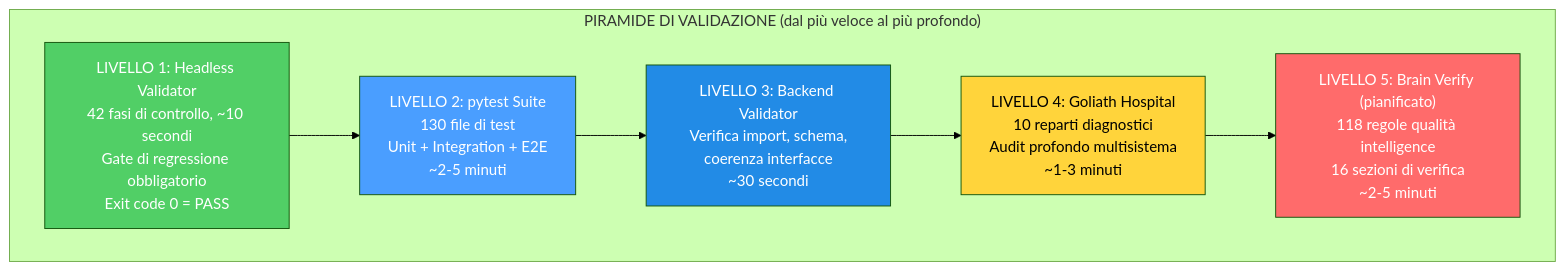
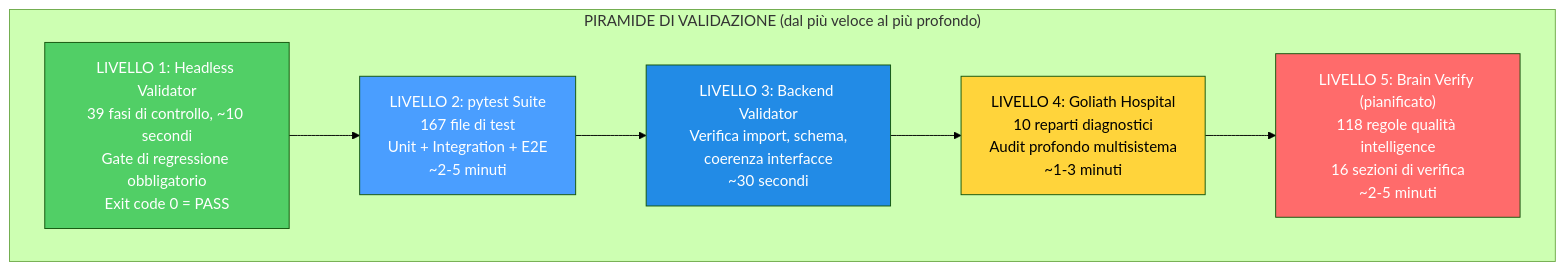
Before and after one commit to renanaugustomacena-ux/Counter-Strike-coach-AI: diagram 38 of 52 in docs/books/Book-Coach-3.md, drawn with Mermaid (forest theme). The commit also changed other lines of this file and 36 other files, not shown here.

````diff
--- a/docs/books/Book-Coach-3.md
+++ b/docs/books/Book-Coach-3.md
@@ -2035,16 +2100,16 @@
 ```mermaid
 flowchart TB
     subgraph PYRAMID["PIRAMIDE DI VALIDAZIONE (dal più veloce al più profondo)"]
-        L1["LIVELLO 1: Headless Validator<br/>42 fasi di controllo, ~10 secondi<br/>Gate di regressione obbligatorio<br/>Exit code 0 = PASS"]
-        L2["LIVELLO 2: pytest Suite<br/>130 file di test<br/>Unit + Integration + E2E<br/>~2-5 minuti"]
+        L1["LIVELLO 1: Headless Validator<br/>39 fasi di controllo, ~10 secondi<br/>Gate di regressione obbligatorio<br/>Exit code 0 = PASS"]
+        L2["LIVELLO 2: pytest Suite<br/>167 file di test<br/>Unit + Integration + E2E<br/>~2-5 minuti"]
         L3["LIVELLO 3: Backend Validator<br/>Verifica import, schema,<br/>coerenza interfacce<br/>~30 secondi"]
         L4["LIVELLO 4: Goliath Hospital<br/>10 reparti diagnostici<br/>Audit profondo multisistema<br/>~1-3 minuti"]
         L5["LIVELLO 5: Brain Verify (pianificato)<br/>118 regole qualità intelligence<br/>16 sezioni di verifica<br/>~2-5 minuti"]
     end
     L1 --> L2 --> L3 --> L4 --> L5
     style L1 fill:#51cf66,color:#fff
     style L2 fill:#4a9eff,color:#fff
     style L3 fill:#228be6,color:#fff
     style L4 fill:#ffd43b,color:#000
     style L5 fill:#ff6b6b,color:#fff
 ```
````
